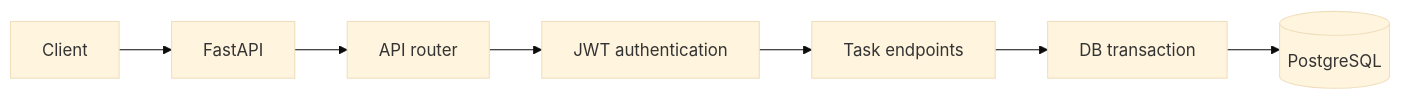
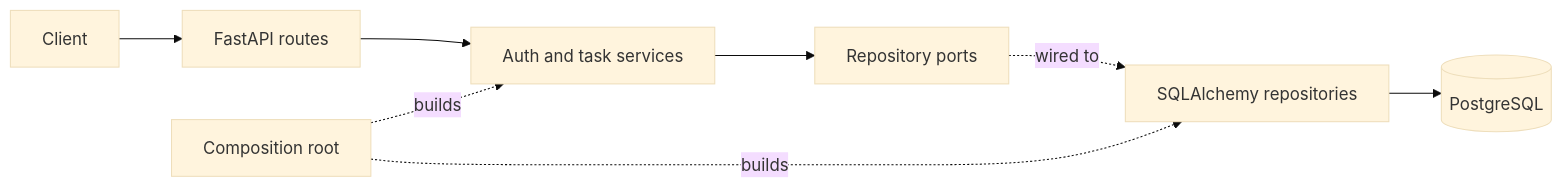
One commit to WeerayutBu/backend changed the first of 2 diagrams in 00P1-project-rest-api/README.md. Above: the diagram before and after it, drawn with Mermaid (base theme). The commit also changed other lines of this file and 44 other files, not shown here.

````diff
--- a/00P1-project-rest-api/README.md
+++ b/00P1-project-rest-api/README.md
@@ -9,9 +9,10 @@
 ```mermaid
 flowchart LR
-    Client --> API[FastAPI]
-    API --> Router[API router]
-    Router --> Auth[JWT authentication]
-    Auth --> Tasks[Task endpoints]
-    Tasks --> Transaction[DB transaction]
-    Transaction --> PostgreSQL[(PostgreSQL)]
+    Client --> Router[FastAPI routes]
+    Router --> Service[Auth and task services]
+    Service --> Port[Repository ports]
+    Port -. wired to .-> Repository[SQLAlchemy repositories]
+    Repository --> PostgreSQL[(PostgreSQL)]
+    Main[Composition root] -. builds .-> Service
+    Main -. builds .-> Repository
 ```
````
